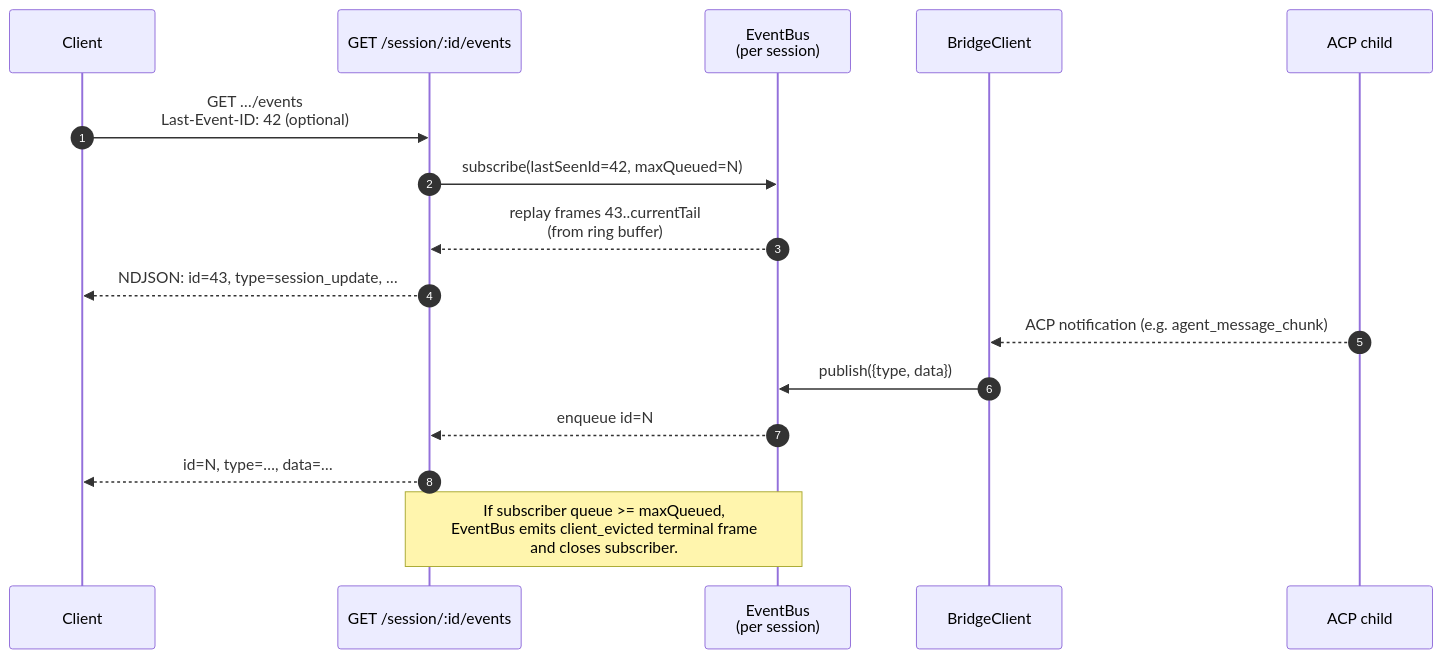
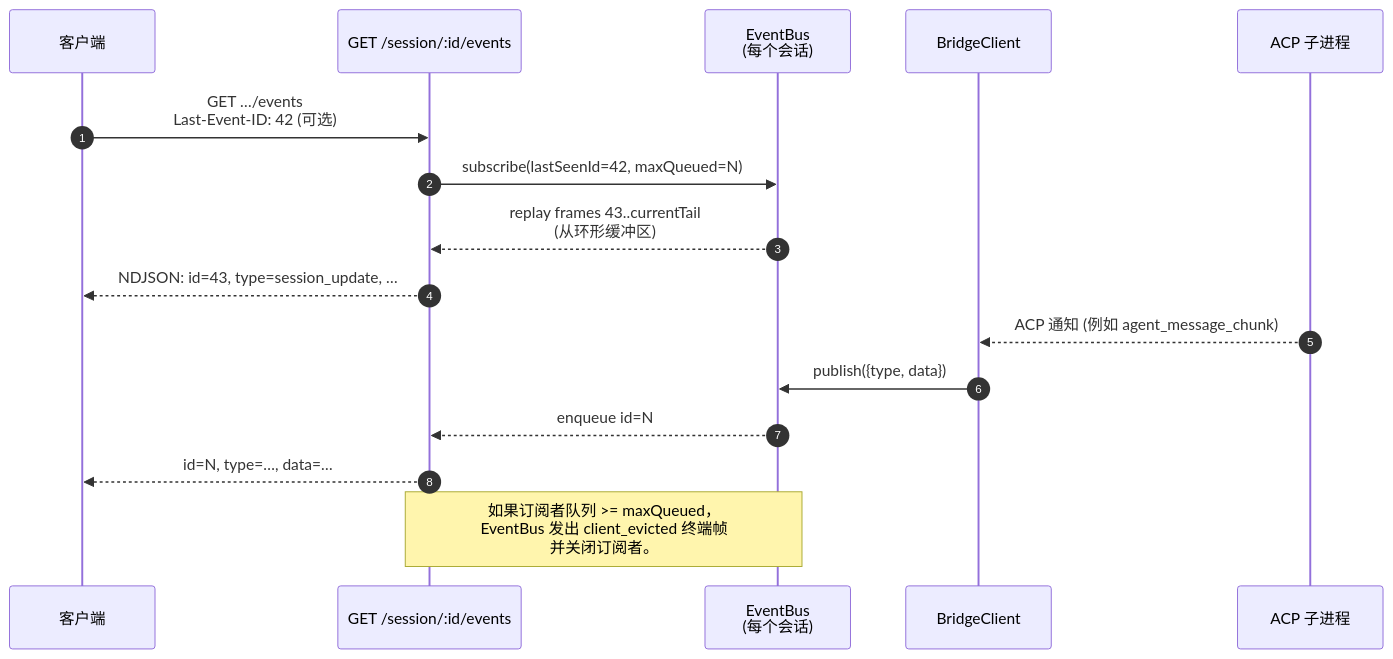
The fourth of 7 diagrams in website/content/zh/developers/daemon/01-architecture.md (QwenLM/qwen-code-docs), drawn with Mermaid before and after one commit. The commit also changed other lines of this file and 1077 other files, not shown here.

````diff
--- a/website/content/zh/developers/daemon/01-architecture.md
+++ b/website/content/zh/developers/daemon/01-architecture.md
@@ -179,19 +179,19 @@
 ```mermaid
 sequenceDiagram
     autonumber
-    participant C as Client
+    participant C as 客户端
     participant SR as GET /session/:id/events
-    participant EB as EventBus<br/>(per session)
+    participant EB as EventBus<br/>(每个会话)
     participant BC as BridgeClient
-    participant CH as ACP child
+    participant CH as ACP 子进程
 
-    C->>SR: GET …/events<br/>Last-Event-ID: 42 (optional)
+    C->>SR: GET …/events<br/>Last-Event-ID: 42 (可选)
     SR->>EB: subscribe(lastSeenId=42, maxQueued=N)
-    EB-->>SR: replay frames 43..currentTail<br/>(from ring buffer)
+    EB-->>SR: replay frames 43..currentTail<br/>(从环形缓冲区)
     SR-->>C: NDJSON: id=43, type=session_update, …
-    CH-->>BC: ACP notification (e.g. agent_message_chunk)
+    CH-->>BC: ACP 通知 (例如 agent_message_chunk)
     BC->>EB: publish({type, data})
     EB-->>SR: enqueue id=N
     SR-->>C: id=N, type=…, data=…
-    Note over EB,SR: If subscriber queue >= maxQueued,<br/>EventBus emits client_evicted terminal frame<br/>and closes subscriber.
+    Note over EB,SR: 如果订阅者队列 >= maxQueued，<br/>EventBus 发出 client_evicted 终端帧<br/>并关闭订阅者。
 ```
````
